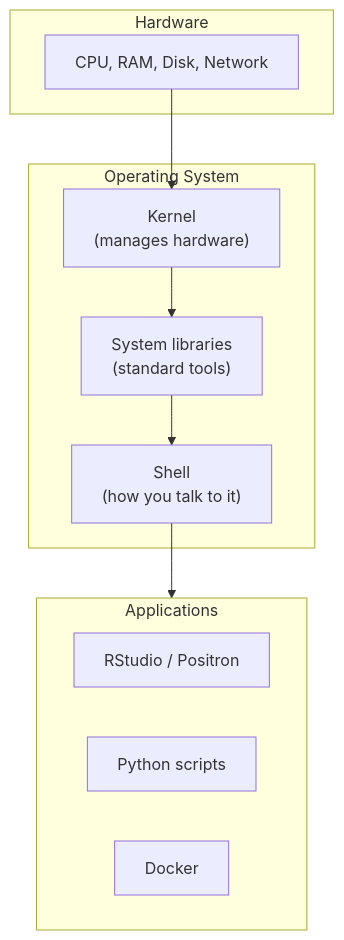
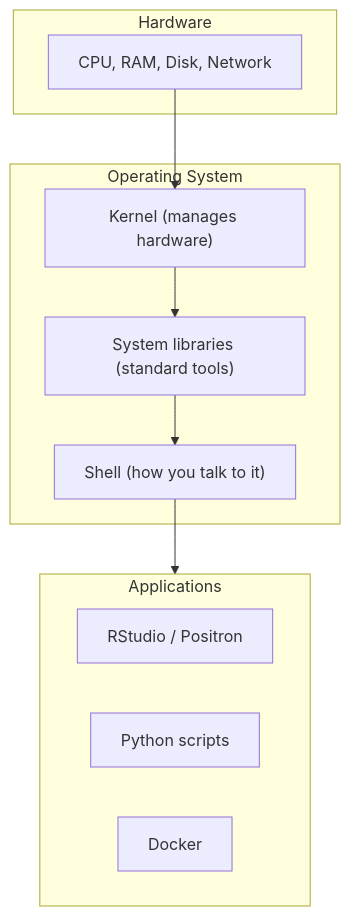
Before and after one commit to Ch3w3y/docker_gcp: the first of 2 diagrams in docs/what-is-linux.md, drawn with Mermaid. The commit also changed other lines of this file and 10 other files, not shown here.

First line of the commit message:
Fix mermaid diagram rendering: replace literal \n with spaces

````diff
--- a/docs/what-is-linux.md
+++ b/docs/what-is-linux.md
@@ -17,21 +17,21 @@
 ```mermaid
 flowchart TD
     subgraph Hardware
         H["CPU, RAM, Disk, Network"]
     end
 
     subgraph OS["Operating System"]
-        K["Kernel\n(manages hardware)"]
-        L["System libraries\n(standard tools)"]
-        S["Shell\n(how you talk to it)"]
+        K["Kernel (manages hardware)"]
+        L["System libraries (standard tools)"]
+        S["Shell (how you talk to it)"]
     end
 
     subgraph Apps["Applications"]
         R["RStudio / Positron"]
         P["Python scripts"]
         D["Docker"]
     end
 
     H --> K --> L --> S
     S --> Apps
 ```
````
